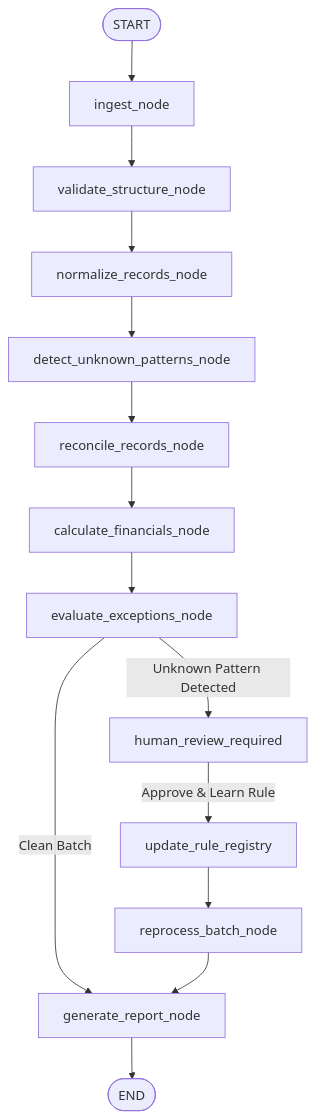
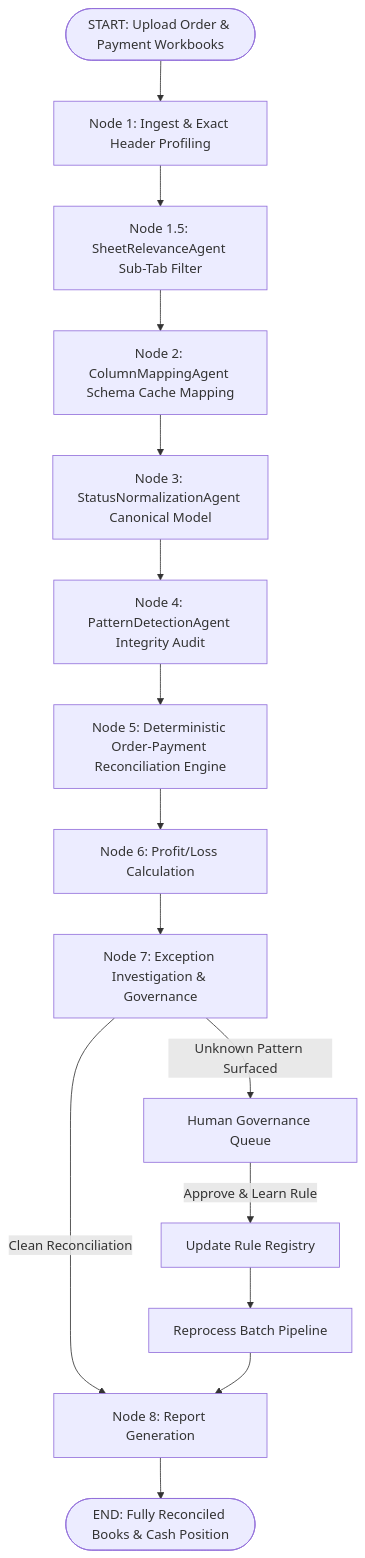
The second of 2 diagrams in README.md (hateem72/reconup-v1), drawn with Mermaid before and after one commit. The commit also changed other lines of this file and 1 other file, not shown here.

Commit message:
docs: update README.md and architecture.md with modular agent sub-package layout, multi-file ingestion, and 3-way reconciliation engine

````diff
--- a/README.md
+++ b/README.md
@@ -46,19 +56,20 @@
 ```mermaid
 graph TD
-    START([START]) --> Ingest[ingest_node]
-    Ingest --> Validate[validate_structure_node]
-    Validate --> Normalize[normalize_records_node]
-    Normalize --> Detect[detect_unknown_patterns_node]
-    Detect --> Reconcile[reconcile_records_node]
-    Reconcile --> Calculate[calculate_financials_node]
-    Calculate --> Evaluate[evaluate_exceptions_node]
+    START([START: Upload Order & Payment Workbooks]) --> Node1[Node 1: Ingest & Exact Header Profiling]
+    Node1 --> Node1_5[Node 1.5: SheetRelevanceAgent Sub-Tab Filter]
+    Node1_5 --> Node2[Node 2: ColumnMappingAgent Schema Cache Mapping]
+    Node2 --> Node3[Node 3: StatusNormalizationAgent Canonical Model]
+    Node3 --> Node4[Node 4: PatternDetectionAgent Integrity Audit]
+    Node4 --> Node5[Node 5: Deterministic Order-Payment Reconciliation Engine]
+    Node5 --> Node6[Node 6: Profit/Loss Calculation]
+    Node6 --> Node7[Node 7: Exception Investigation & Governance]
     
-    Evaluate -->|Unknown Pattern Detected| HumanReview[human_review_required]
-    Evaluate -->|Clean Batch| Report[generate_report_node]
+    Node7 -->|Unknown Pattern Surfaced| HumanReview[Human Governance Queue]
+    Node7 -->|Clean Reconciliation| Node8[Node 8: Report Generation]
     
-    HumanReview -->|Approve & Learn Rule| RuleRegistry[update_rule_registry]
-    RuleRegistry --> Reprocess[reprocess_batch_node]
-    Reprocess --> Report
+    HumanReview -->|Approve & Learn Rule| RuleRegistry[Update Rule Registry]
+    RuleRegistry --> Reprocess[Reprocess Batch Pipeline]
+    Reprocess --> Node8
     
-    Report --> END([END])
+    Node8 --> END([END: Fully Reconciled Books & Cash Position])
 ```
````
